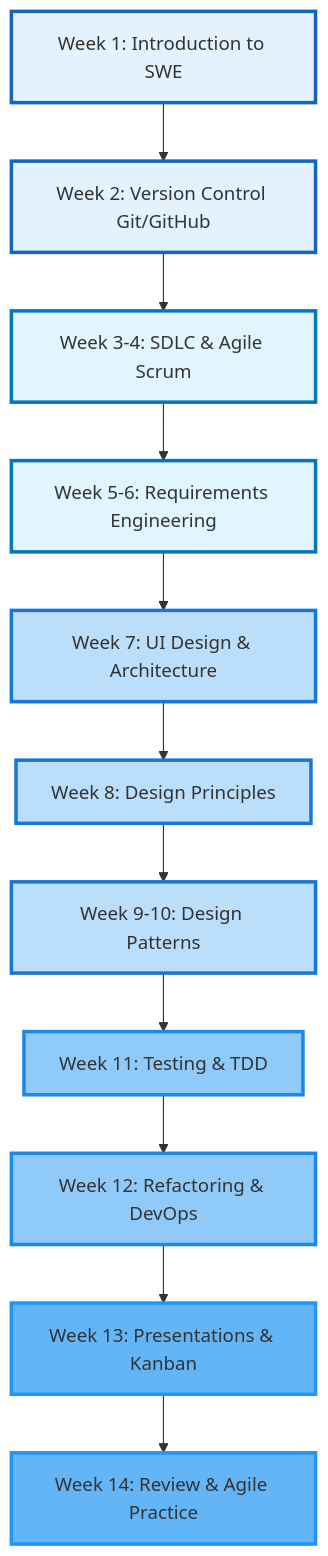
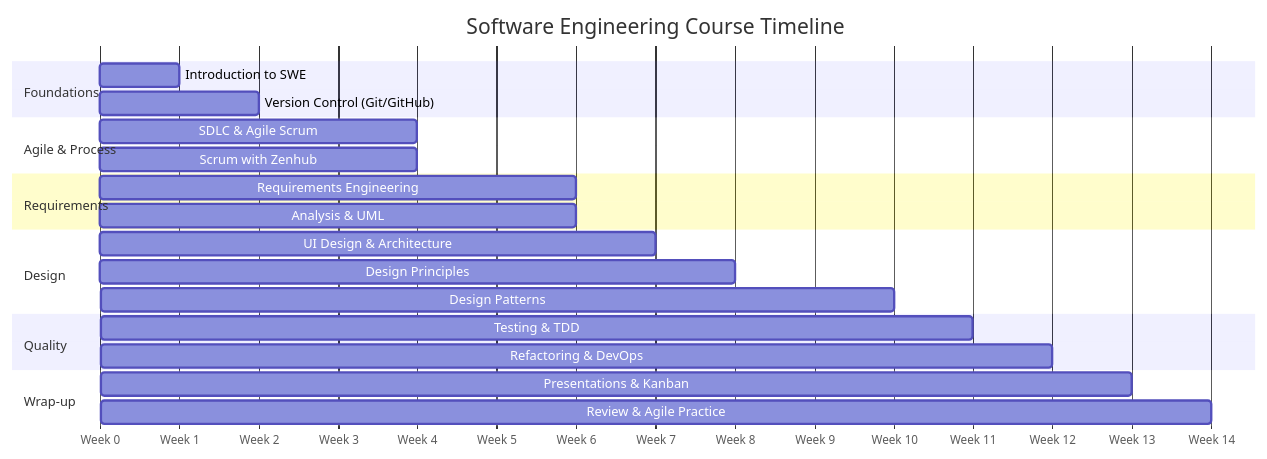
Before and after one commit to ratulalahy/intro_to_swe: the first of 2 diagrams in index.md, drawn with Mermaid. The commit also changed other lines of this file and 13 other files, not shown here.

````diff
--- a/index.md
+++ b/index.md
@@ -44,25 +45,31 @@
 ```{mermaid}
-graph TD
-    A[Week 1: Introduction to SWE] --> B[Week 2: Version Control Git/GitHub]
-    B --> C[Week 3-4: SDLC & Agile Scrum]
-    C --> D[Week 5-6: Requirements Engineering]
-    D --> E[Week 7: UI Design & Architecture]
-    E --> F[Week 8: Design Principles]
-    F --> G[Week 9-10: Design Patterns]
-    G --> H[Week 11: Testing & TDD]
-    H --> I[Week 12: Refactoring & DevOps]
-    I --> J[Week 13: Presentations & Kanban]
-    J --> K[Week 14: Review & Agile Practice]
+gantt
+    title Software Engineering Course Timeline
+    dateFormat  X
+    axisFormat Week %s
+
+    section Foundations
+    Introduction to SWE           :intro, 0, 1
+    Version Control (Git/GitHub)  :git, 1, 2
+
+    section Agile & Process
+    SDLC & Agile Scrum           :agile, 2, 4
+    Scrum with Zenhub            :scrum, 3, 4
     
-    style A fill:#e3f2fd,stroke:#1565c0,stroke-width:3px
-    style B fill:#e3f2fd,stroke:#1565c0,stroke-width:3px
-    style C fill:#e1f5fe,stroke:#0277bd,stroke-width:3px
-    style D fill:#e1f5fe,stroke:#0277bd,stroke-width:3px
-    style E fill:#bbdefb,stroke:#1976d2,stroke-width:3px
-    style F fill:#bbdefb,stroke:#1976d2,stroke-width:3px
-    style G fill:#bbdefb,stroke:#1976d2,stroke-width:3px
-    style H fill:#90caf9,stroke:#1e88e5,stroke-width:3px
-    style I fill:#90caf9,stroke:#1e88e5,stroke-width:3px
-    style J fill:#64b5f6,stroke:#2196f3,stroke-width:3px
-    style K fill:#64b5f6,stroke:#2196f3,stroke-width:3px
+    section Requirements
+    Requirements Engineering      :req, 4, 6
+    Analysis & UML               :uml, 5, 6
+
+    section Design
+    UI Design & Architecture     :ui, 6, 7
+    Design Principles            :principles, 7, 8
+    Design Patterns              :patterns, 8, 10
+
+    section Quality
+    Testing & TDD                :testing, 10, 11
+    Refactoring & DevOps         :devops, 11, 12
+
+    section Wrap-up
+    Presentations & Kanban       :present, 12, 13
+    Review & Agile Practice      :review, 13, 14
 ```
````
